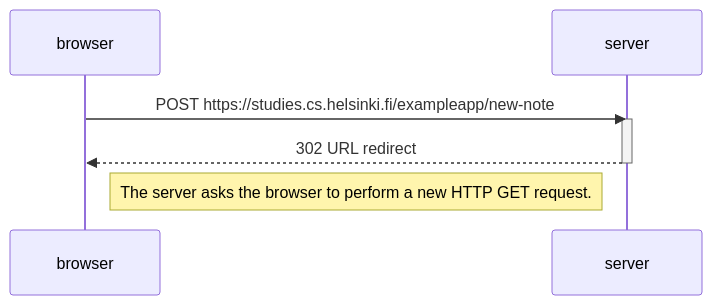
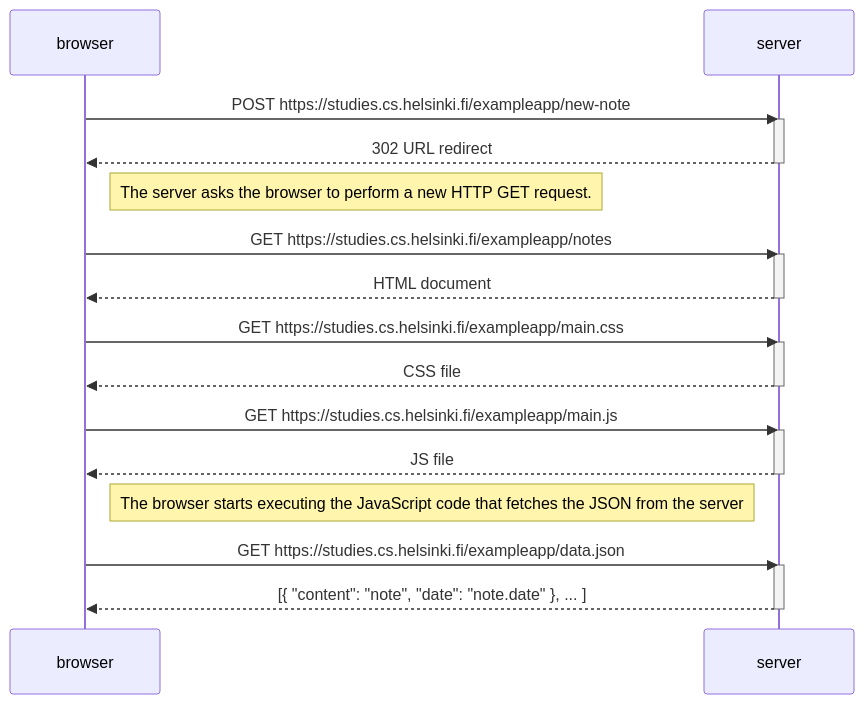
Before and after one commit to lozukka/full-stack-open: the diagram in 0.4/answer.md, drawn with Mermaid.

Commit message:
finnish task

````diff
--- a/0.4/answer.md
+++ b/0.4/answer.md
@@ -1,11 +1,34 @@
 ```mermaid
 sequenceDiagram
     participant browser
     participant server
 
     browser->>server: POST https://studies.cs.helsinki.fi/exampleapp/new-note
     activate server
     server-->>browser: 302 URL redirect
     deactivate server
     Note right of browser: The server asks the browser to perform a new HTTP GET request.
+
+    browser->>server: GET https://studies.cs.helsinki.fi/exampleapp/notes
+    activate server
+    server-->>browser: HTML document
+    deactivate server
+
+    browser->>server: GET https://studies.cs.helsinki.fi/exampleapp/main.css
+    activate server
+    server-->>browser: CSS file
+    deactivate server
+
+    browser->>server: GET https://studies.cs.helsinki.fi/exampleapp/main.js
+    activate server
+    server-->>browser: JS file
+    deactivate server
+
+    Note right of browser: The browser starts executing the JavaScript code that fetches the JSON from the server
+
+    browser->>server: GET https://studies.cs.helsinki.fi/exampleapp/data.json
+    activate server
+    server-->>browser: [{ "content": "note", "date": "note.date" }, ... ]
+    deactivate server
+
 ```
````
